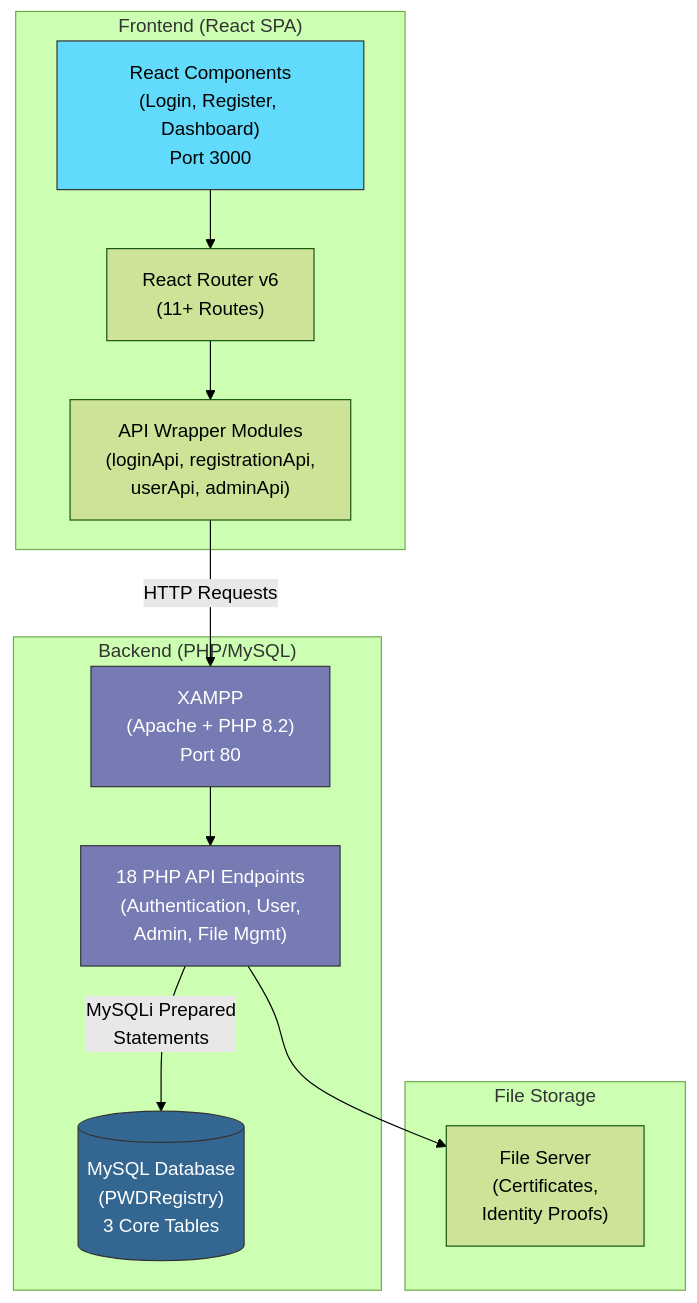
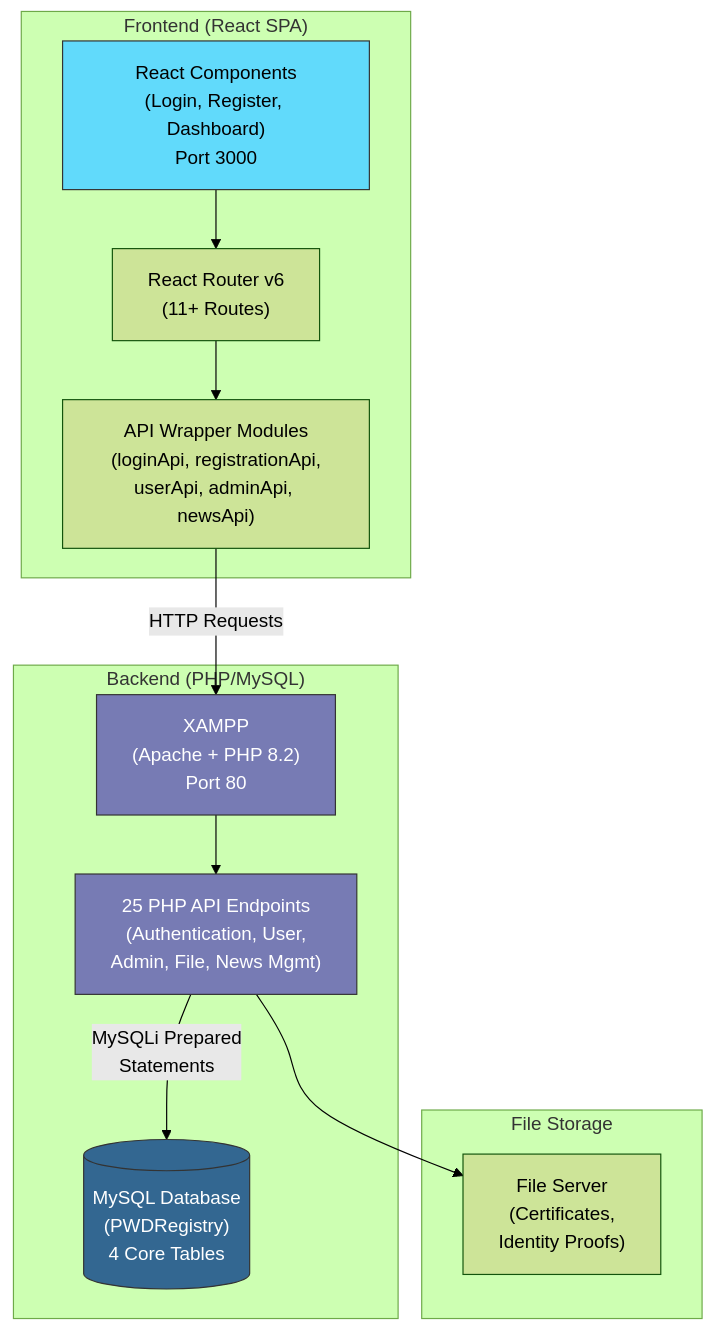
One commit to Keonbe/PWD-Automated-Application-System changed the first of 5 diagrams in documentation/init-documentation.md. Above: the diagram before and after it, drawn with Mermaid (forest theme). The commit also changed other lines of this file and 3 other files, not shown here.

Commit message:
feat: Update documentation for version 2.1 which  includes new news management features and  respective API endpoints

````diff
--- a/documentation/init-documentation.md
+++ b/documentation/init-documentation.md
@@ -157,30 +158,30 @@
 ```mermaid
 graph TB
     subgraph Frontend["Frontend (React SPA)"]
         UI["React Components<br/>(Login, Register, Dashboard)<br/>Port 3000"]
         Router["React Router v6<br/>(11+ Routes)"]
-        API["API Wrapper Modules<br/>(loginApi, registrationApi,<br/>userApi, adminApi)"]
+        API["API Wrapper Modules<br/>(loginApi, registrationApi,<br/>userApi, adminApi, newsApi)"]
     end
     
     subgraph Backend["Backend (PHP/MySQL)"]
         XAMPP["XAMPP<br/>(Apache + PHP 8.2)<br/>Port 80"]
-        AUTH["18 PHP API Endpoints<br/>(Authentication, User,<br/>Admin, File Mgmt)"]
-        DB[("MySQL Database<br/>(PWDRegistry)<br/>3 Core Tables")]
+        AUTH["25 PHP API Endpoints<br/>(Authentication, User,<br/>Admin, File, News Mgmt)"]
+        DB[("MySQL Database<br/>(PWDRegistry)<br/>4 Core Tables")]
     end
     
     subgraph Storage["File Storage"]
         FILES["File Server<br/>(Certificates,<br/>Identity Proofs)"]
     end
     
     UI --> Router
     Router --> API
     API -->|"HTTP Requests"| XAMPP
     XAMPP --> AUTH
     AUTH -->|"MySQLi Prepared<br/>Statements"| DB
     AUTH --> FILES
     
     style UI fill:#61dafb,stroke:#333,color:#000
     style DB fill:#336791,stroke:#333,color:#fff
     style XAMPP fill:#777bb4,stroke:#333,color:#fff
     style AUTH fill:#777bb4,stroke:#333,color:#fff
 ```
````
